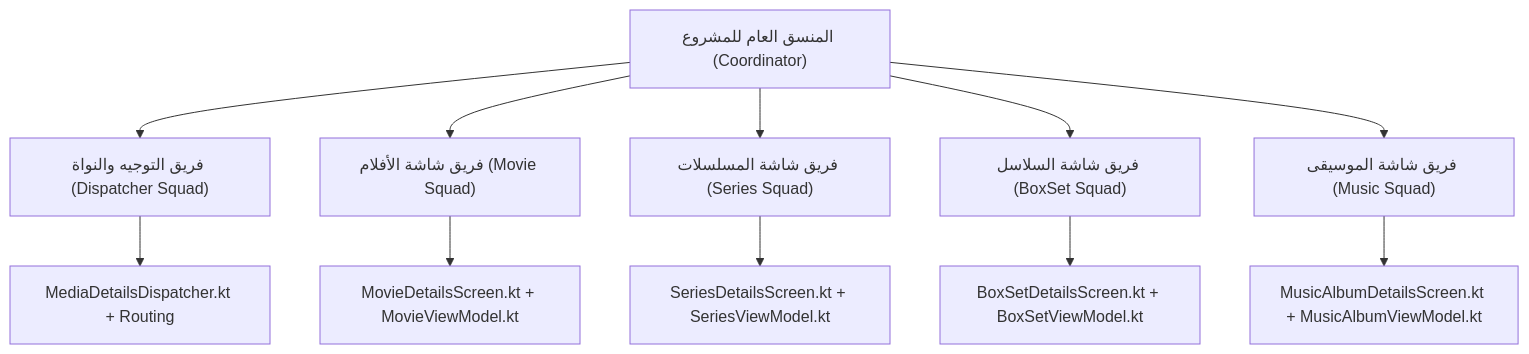
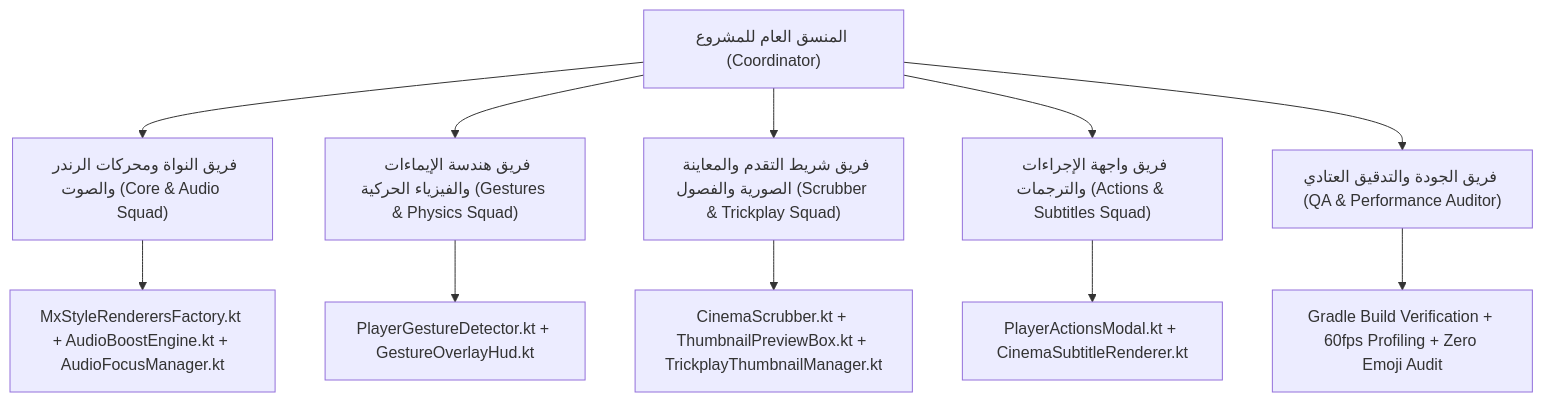
One commit to 0s-a/mdd-tv changed the diagram in tasks/active_task.md. Above: the diagram before and after it, drawn with Mermaid. The commit also changed other lines of this file and 21 other files, not shown here.

Commit message:
feat(player): implement advanced cinema player with zero-allocation gestures, trickplay, and audio boost

````diff
--- a/tasks/active_task.md
+++ b/tasks/active_task.md
@@ -12,14 +13,14 @@
 ```mermaid
 flowchart TD
-    Coordinator["المنسق العام للمشروع (Coordinator)"] --> Squad0["فريق التوجيه والنواة (Dispatcher Squad)"]
-    Coordinator --> Squad1["فريق شاشة الأفلام (Movie Squad)"]
-    Coordinator --> Squad2["فريق شاشة المسلسلات (Series Squad)"]
-    Coordinator --> Squad3["فريق شاشة السلاسل (BoxSet Squad)"]
-    Coordinator --> Squad4["فريق شاشة الموسيقى (Music Squad)"]
+    Coordinator["المنسق العام للمشروع (Coordinator)"] --> Squad1["فريق النواة ومحركات الرندر والصوت (Core & Audio Squad)"]
+    Coordinator --> Squad2["فريق هندسة الإيماءات والفيزياء الحركية (Gestures & Physics Squad)"]
+    Coordinator --> Squad3["فريق شريط التقدم والمعاينة الصورية والفصول (Scrubber & Trickplay Squad)"]
+    Coordinator --> Squad4["فريق واجهة الإجراءات والترجمات (Actions & Subtitles Squad)"]
+    Coordinator --> Squad5["فريق الجودة والتدقيق العتادي (QA & Performance Auditor)"]
 
-    Squad0 --> D0["MediaDetailsDispatcher.kt + Routing"]
-    Squad1 --> D1["MovieDetailsScreen.kt + MovieViewModel.kt"]
-    Squad2 --> D2["SeriesDetailsScreen.kt + SeriesViewModel.kt"]
-    Squad3 --> D3["BoxSetDetailsScreen.kt + BoxSetViewModel.kt"]
-    Squad4 --> D4["MusicAlbumDetailsScreen.kt + MusicAlbumViewModel.kt"]
+    Squad1 --> F1["MxStyleRenderersFactory.kt + AudioBoostEngine.kt + AudioFocusManager.kt"]
+    Squad2 --> F2["PlayerGestureDetector.kt + GestureOverlayHud.kt"]
+    Squad3 --> F3["CinemaScrubber.kt + ThumbnailPreviewBox.kt + TrickplayThumbnailManager.kt"]
+    Squad4 --> F4["PlayerActionsModal.kt + CinemaSubtitleRenderer.kt"]
+    Squad5 --> F5["Gradle Build Verification + 60fps Profiling + Zero Emoji Audit"]
 ```
````
